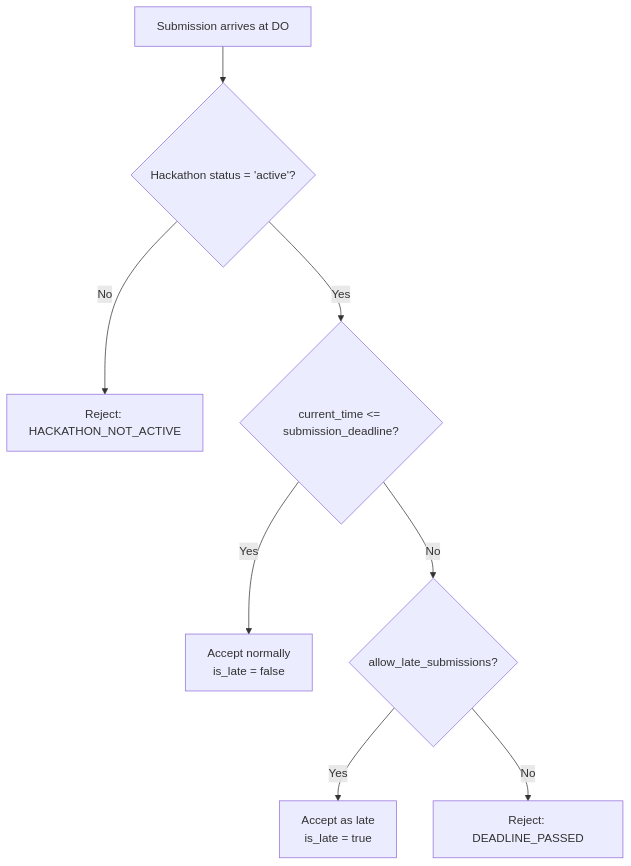
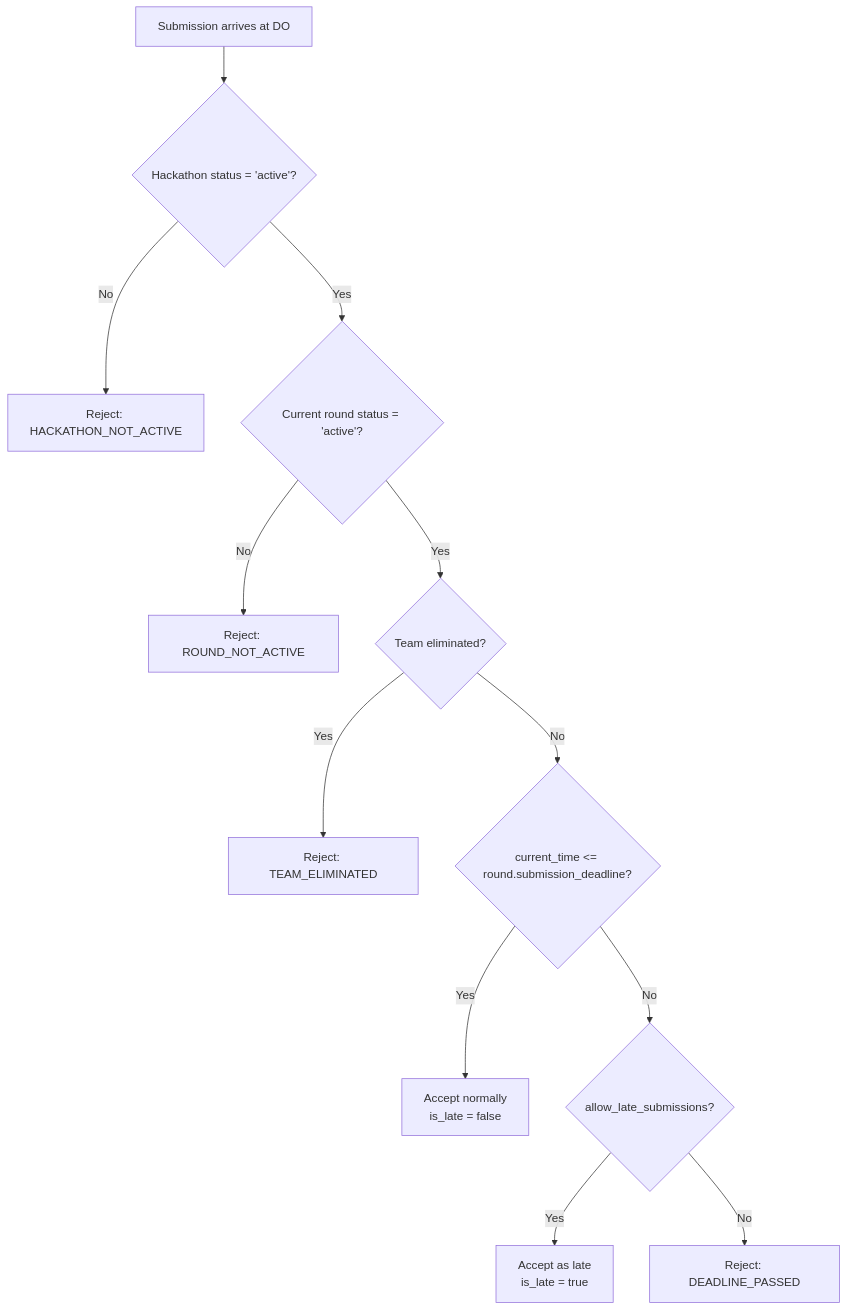
Diagram 11 of 12 in docs/v3/planned/submissions.md (devangshupandey2025-stack/DevSage), drawn with Mermaid before and after one commit. The commit also changed other lines of this file, not shown here.

````diff
--- a/docs/v3/planned/submissions.md
+++ b/docs/v3/planned/submissions.md
@@ -447,10 +521,14 @@
 ```mermaid
 flowchart TD
     A["Submission arrives at DO"] --> B{"Hackathon status = 'active'?"}
     B -->|No| C["Reject: HACKATHON_NOT_ACTIVE"]
-    B -->|Yes| D{"current_time <= submission_deadline?"}
+    B -->|Yes| B2{"Current round status = 'active'?"}
+    B2 -->|No| C2["Reject: ROUND_NOT_ACTIVE"]
+    B2 -->|Yes| B3{"Team eliminated?"}
+    B3 -->|Yes| C3["Reject: TEAM_ELIMINATED"]
+    B3 -->|No| D{"current_time <= round.submission_deadline?"}
     D -->|Yes| E["Accept normally<br/>is_late = false"]
     D -->|No| F{"allow_late_submissions?"}
     F -->|Yes| G["Accept as late<br/>is_late = true"]
     F -->|No| H["Reject: DEADLINE_PASSED"]
 ```
````
